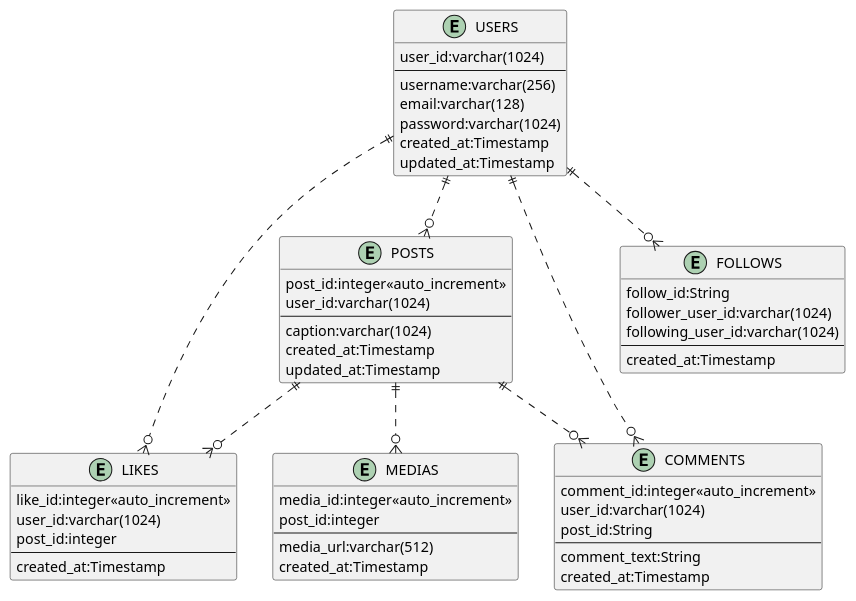
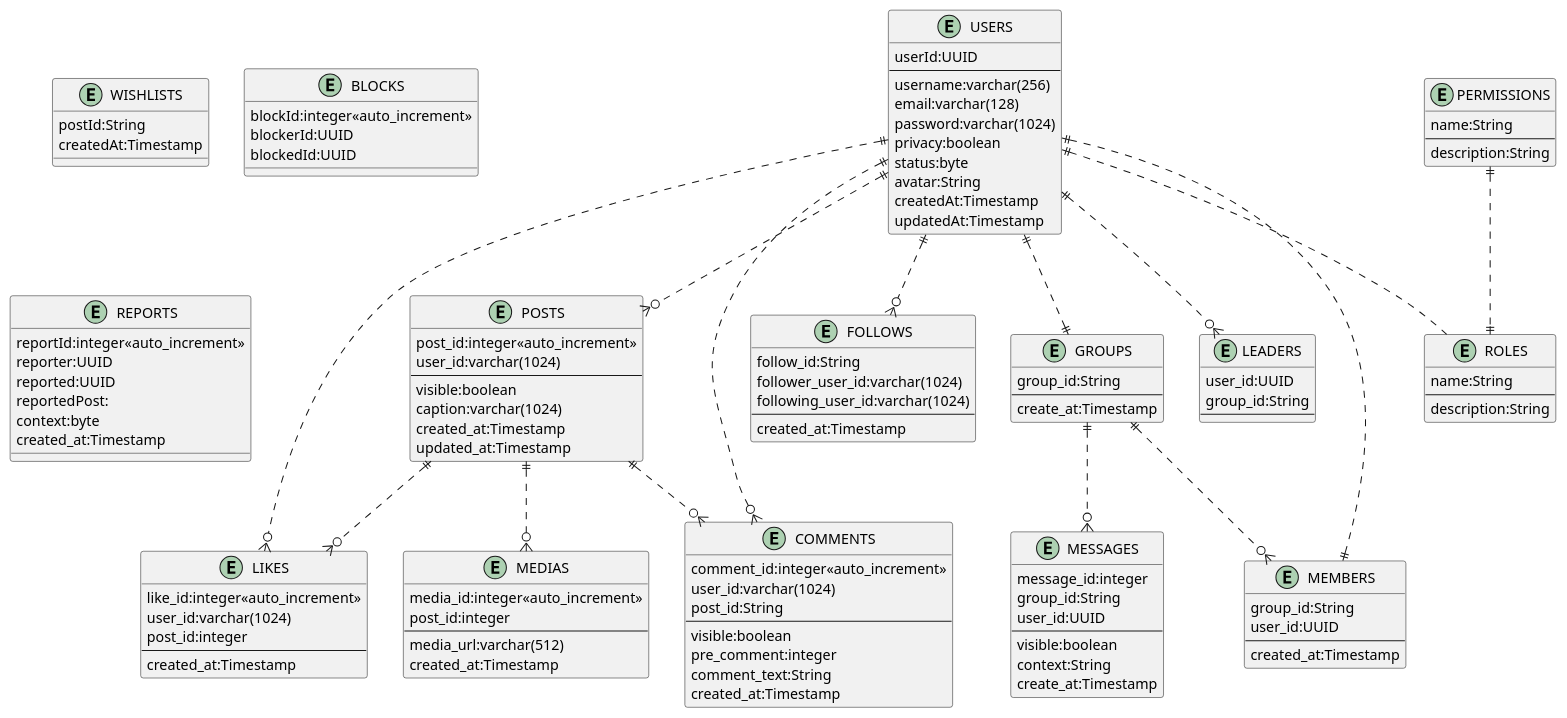
The diagram in Prototypes/erd.plantuml (KhuongVo2105/Chat_Application), drawn with PlantUML before and after one commit. The commit also changed 1 other file, not shown here.

Commit message:
update ERD

```diff
--- a/Prototypes/erd.plantuml
+++ b/Prototypes/erd.plantuml
@@ -1,64 +1,139 @@
 @startuml
 
 entity "USERS" as u {
-    user_id:varchar(1024)
+    userId:UUID
     --
     username:varchar(256)
     email:varchar(128)
     password:varchar(1024)
-    created_at:Timestamp
-    updated_at:Timestamp
+    privacy:boolean  /'Public || Private'/
+    status:byte     /'trang thai cua nguoi dung. Han che, thoai mai, chua xac thuc'/
+    avatar:String   /'anh dai dien nguoi dung'/
+    createdAt:Timestamp
+    updatedAt:Timestamp
 }
 
 entity "LIKES" as l {
     like_id:integer<<auto_increment>> 
     user_id:varchar(1024)
     post_id:integer
     --
     created_at:Timestamp
 }
 
 entity "POSTS" as p {
     post_id:integer<<auto_increment>>
     user_id:varchar(1024)
     --
+    visible:boolean /'True:hien thi, False: an'/
     caption:varchar(1024)
     created_at:Timestamp
     updated_at:Timestamp
 }
 
 entity "MEDIAS" as m {
     media_id:integer<<auto_increment>>
     post_id:integer
     --
     media_url:varchar(512)
     created_at:Timestamp
 }
 
 entity "COMMENTS" as c {
     comment_id:integer<<auto_increment>>
     user_id:varchar(1024)
     post_id:String
     --
+    visible:boolean /'True: hien'/
+    pre_comment:integer
     comment_text:String
     created_at:Timestamp
 }
 
 entity "FOLLOWS" as f {
     follow_id:String
     follower_user_id:varchar(1024)
     following_user_id:varchar(1024)
     --
     created_at:Timestamp
 }
 
+entity "GROUPS" as g{
+    group_id:String
+    ---
+    create_at:Timestamp
+}
+
+entity "MEMBERS" as mem{
+    group_id:String
+    user_id:UUID
+    ---
+    created_at:Timestamp
+}
+
+entity "LEADERS" as le{
+    user_id:UUID
+    group_id:String
+    ---
+}
+
+entity "MESSAGES" as me{
+    message_id:integer
+    group_id:String
+    user_id:UUID
+    ---
+    visible:boolean
+    context:String
+    create_at:Timestamp
+}
+
+entity "ROLES" as ro{
+    name:String
+    ---
+    description:String
+}
+
+entity "PERMISSIONS" as pe{
+    name:String
+    ---
+    description:String
+}
+
+/'Tin noi bat'/
+entity "WISHLISTS" as wl{
+    postId:String
+    createdAt:Timestamp
+}
+
+/''/
+entity "BLOCKS" as bl{
+    blockId:integer<<auto_increment>>
+    blockerId:UUID
+    blockedId:UUID
+}
+
+entity "REPORTS" as rp{
+    reportId:integer<<auto_increment>>
+    reporter:UUID /'id nguoi tao phieu report'/
+    reported:UUID  /'id cua nguoi bi report'/
+    reportedPost:   /'id cua bai post bi report'/
+    context:byte
+    created_at:Timestamp
+}
+
 u ||..o{ p
 u ||..o{ f
 u ||..o{ l
 u ||..o{ c
+u ||..|| g
+u ||..o{ le
+u ||.. ro
 p ||..o{ m
 p ||..o{ c
 p ||..o{ l
-
+g ||..o{ me
+pe ||..|| ro
+g ||..o{ mem
+mem ||..|| u
 
 @enduml
```
